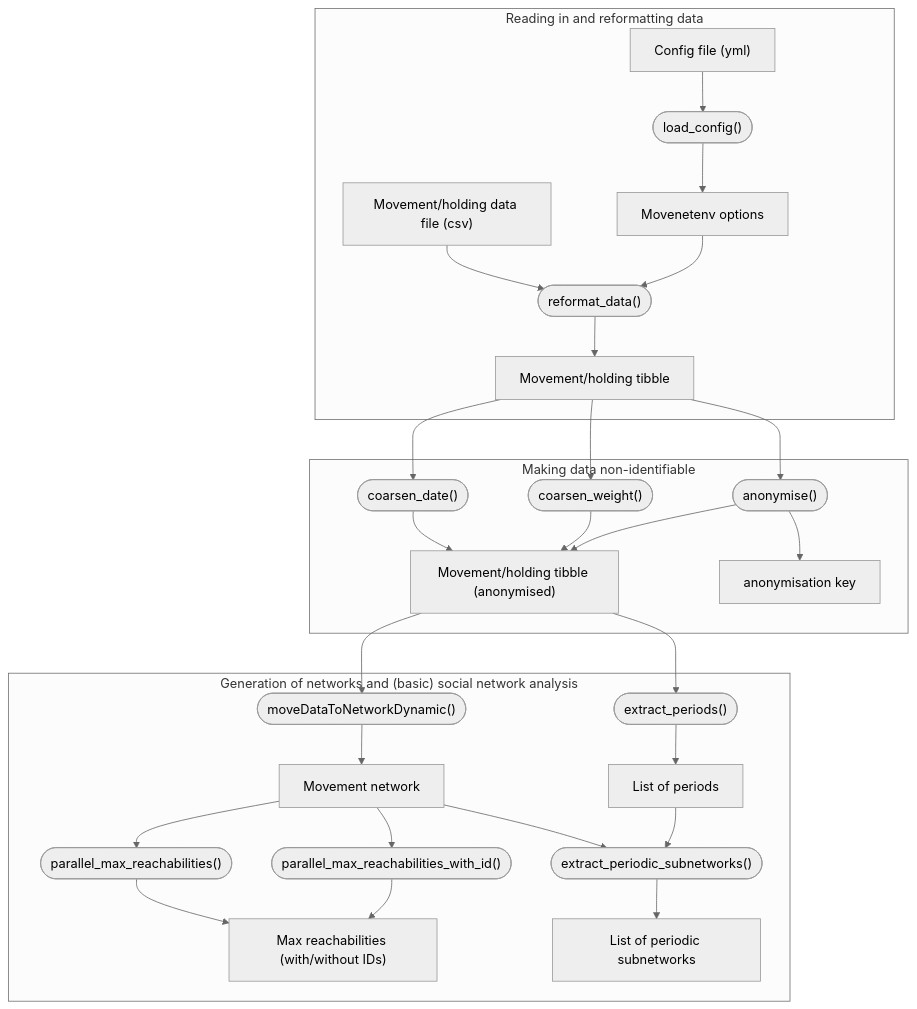
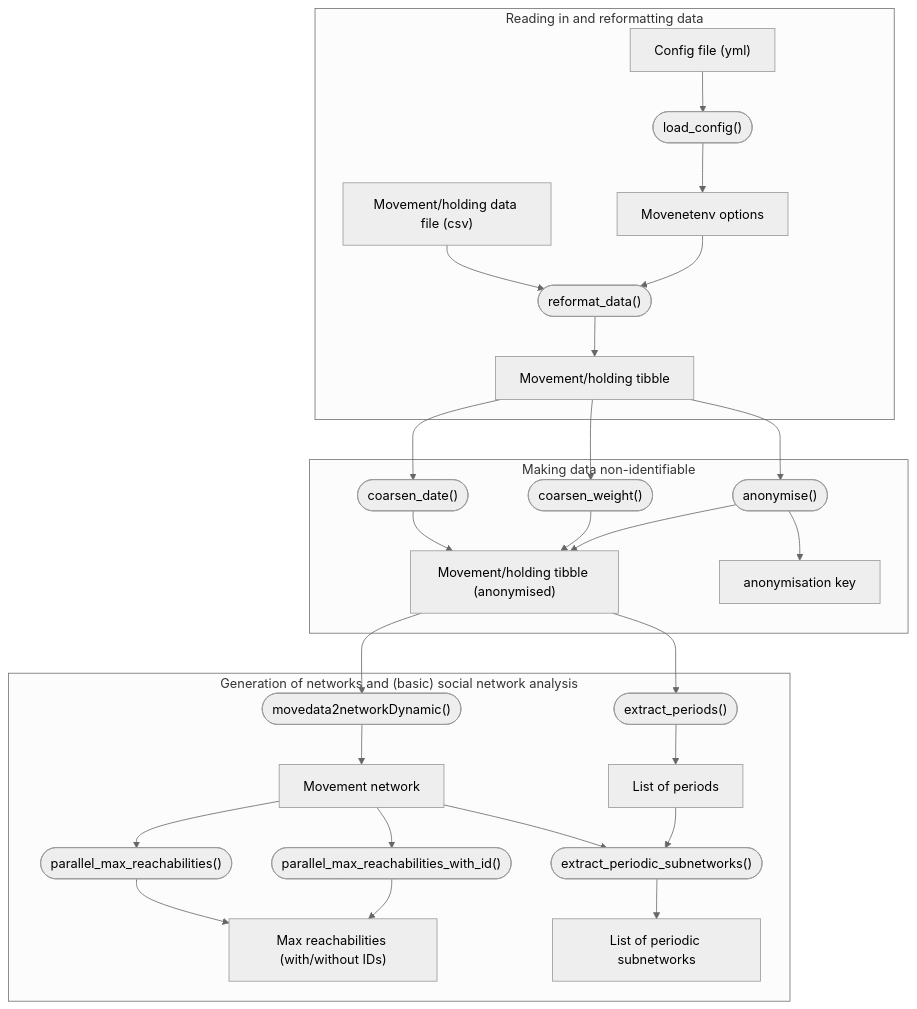
The diagram in man/figures/readme-flowchart.mmd (digivet-consortium/movenet), drawn with Mermaid before and after one commit.

Commit message:
Update readme-flowchart.mmd
fixed typo

```diff
--- a/man/figures/readme-flowchart.mmd
+++ b/man/figures/readme-flowchart.mmd
@@ -1,25 +1,25 @@
 %%{init: {'theme':'neutral'}}%%
 flowchart TD
     subgraph reformat ["Reading in and reformatting data"]
     CSV["Movement/holding data file (csv)"]
     CSV-->REFORMAT(["reformat_data()"])
     YML["Config file (yml)"]
     YML --> CFG(["load_config()"]) --> ENV[Movenetenv options]
     ENV --> REFORMAT
     REFORMAT --> TBL["Movement/holding tibble"]
     end
     subgraph anonymisation ["Making data non-identifiable"]
     TBL --> CDT(["coarsen_date()"]) --> ATBL["Movement/holding tibble (anonymised)"]
     TBL --> CWT(["coarsen_weight()"]) --> ATBL
     TBL --> ANON(["anonymise()"]) --> ATBL
     ANON --> ANONKEY["anonymisation key"]
     end
     subgraph net ["Generation of networks and (basic) social network analysis"]
-    ATBL --> MKNET(["moveDataToNetworkDynamic()"])
+    ATBL --> MKNET(["movedata2networkDynamic()"])
     MKNET --> NET[Movement network]
     NET --> PMR(["parallel_max_reachabilities()"]) --> MR["Max reachabilities (with/without IDs)"]
     NET --> PMRID(["parallel_max_reachabilities_with_id()"]) --> MR
     ATBL --> EXPER(["extract_periods()"]) --> PER["List of periods"]
     NET --> EXPSN(["extract_periodic_subnetworks()"]) --> PSN["List of periodic subnetworks"]
     PER --> EXPSN
     end
```
